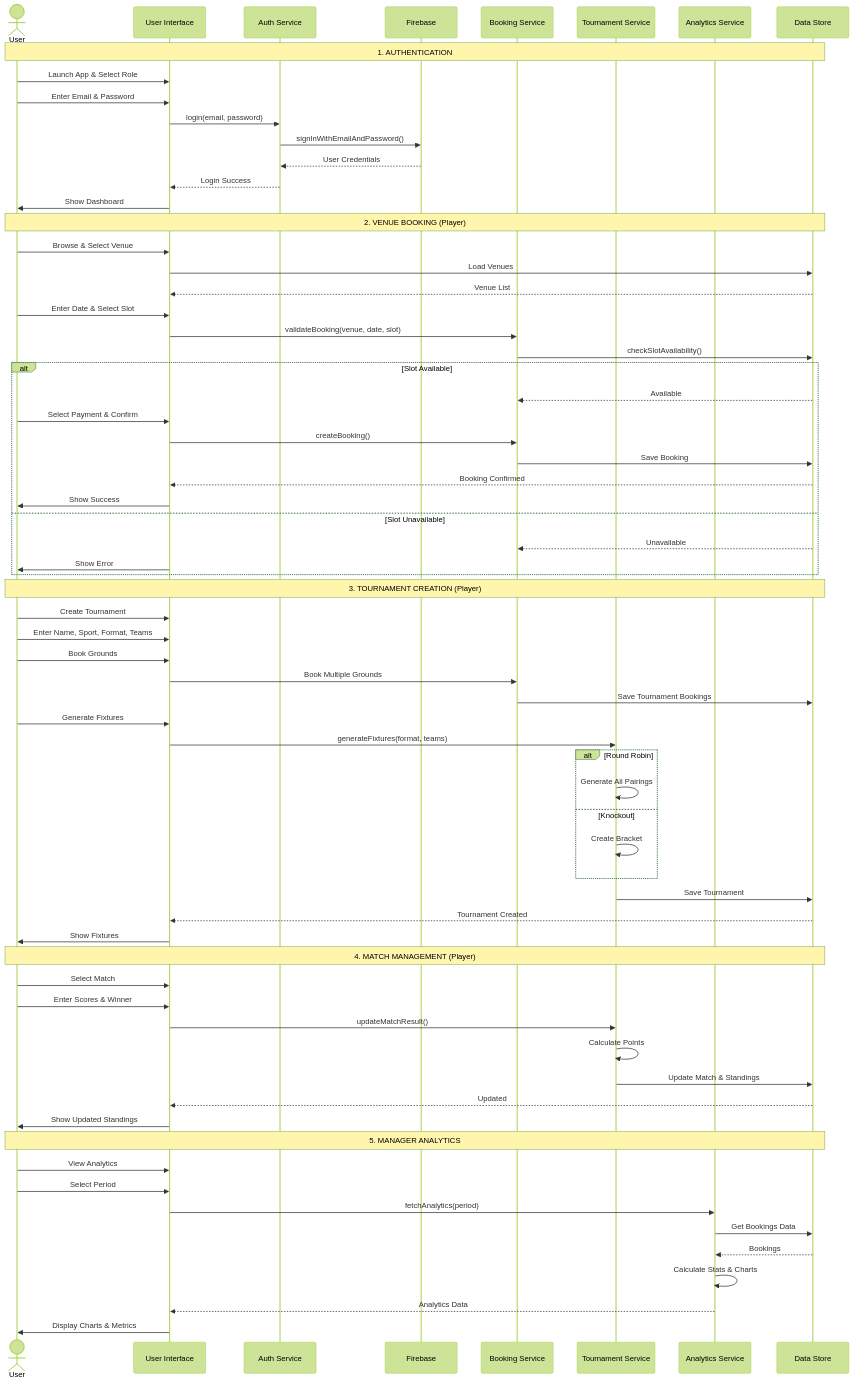
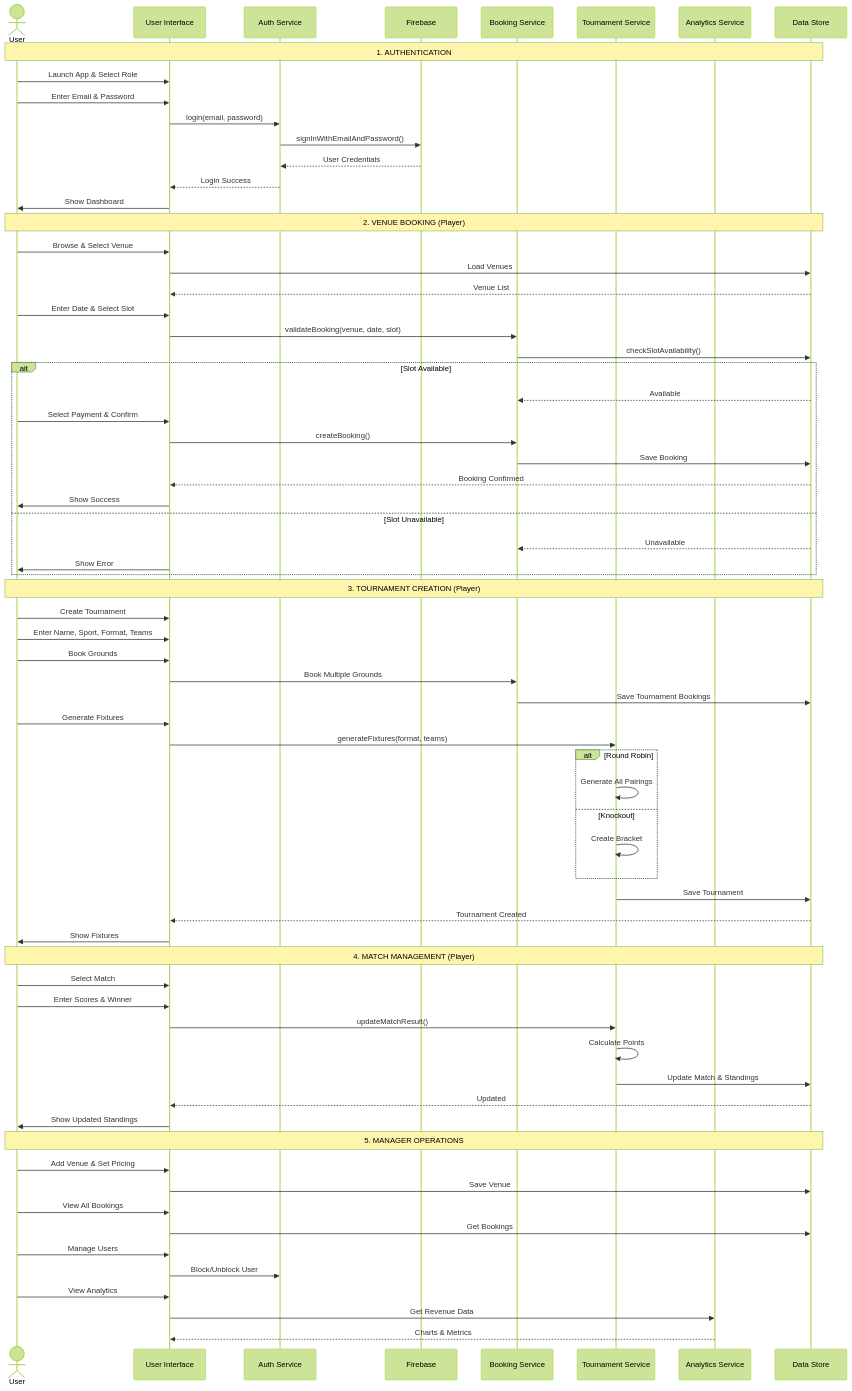
Before and after one commit to jawadbutt861/PLAY-SPHERE: the diagram in PLAYSPHERE_UNIFIED_SEQUENCE_DIAGRAM.md, drawn with Mermaid (forest theme). The commit also changed other lines of this file and 5 other files, not shown here.

````diff
--- a/PLAYSPHERE_UNIFIED_SEQUENCE_DIAGRAM.md
+++ b/PLAYSPHERE_UNIFIED_SEQUENCE_DIAGRAM.md
@@ -9,78 +9,79 @@
 ```mermaid
 sequenceDiagram
     actor User
     participant UI as User Interface
     participant Auth as Auth Service
     participant Firebase as Firebase
     participant BookingService as Booking Service
     participant TournamentService as Tournament Service
     participant AnalyticsService as Analytics Service
     participant GlobalData as Data Store
 
     Note over User,GlobalData: 1. AUTHENTICATION
     User->>UI: Launch App & Select Role
     User->>UI: Enter Email & Password
     UI->>Auth: login(email, password)
     Auth->>Firebase: signInWithEmailAndPassword()
     Firebase-->>Auth: User Credentials
     Auth-->>UI: Login Success
     UI->>User: Show Dashboard
     
     Note over User,GlobalData: 2. VENUE BOOKING (Player)
     User->>UI: Browse & Select Venue
     UI->>GlobalData: Load Venues
     GlobalData-->>UI: Venue List
     User->>UI: Enter Date & Select Slot
     UI->>BookingService: validateBooking(venue, date, slot)
     BookingService->>GlobalData: checkSlotAvailability()
     
     alt Slot Available
         GlobalData-->>BookingService: Available
         User->>UI: Select Payment & Confirm
         UI->>BookingService: createBooking()
         BookingService->>GlobalData: Save Booking
         GlobalData-->>UI: Booking Confirmed
         UI->>User: Show Success
     else Slot Unavailable
         GlobalData-->>BookingService: Unavailable
         UI->>User: Show Error
     end
     
     Note over User,GlobalData: 3. TOURNAMENT CREATION (Player)
     User->>UI: Create Tournament
     User->>UI: Enter Name, Sport, Format, Teams
     User->>UI: Book Grounds
     UI->>BookingService: Book Multiple Grounds
     BookingService->>GlobalData: Save Tournament Bookings
     User->>UI: Generate Fixtures
     UI->>TournamentService: generateFixtures(format, teams)
     
     alt Round Robin
         TournamentService->>TournamentService: Generate All Pairings
     else Knockout
         TournamentService->>TournamentService: Create Bracket
     end
     
     TournamentService->>GlobalData: Save Tournament
     GlobalData-->>UI: Tournament Created
     UI->>User: Show Fixtures
     
     Note over User,GlobalData: 4. MATCH MANAGEMENT (Player)
     User->>UI: Select Match
     User->>UI: Enter Scores & Winner
     UI->>TournamentService: updateMatchResult()
     TournamentService->>TournamentService: Calculate Points
     TournamentService->>GlobalData: Update Match & Standings
     GlobalData-->>UI: Updated
     UI->>User: Show Updated Standings
     
-    Note over User,GlobalData: 5. MANAGER ANALYTICS
+    Note over User,GlobalData: 5. MANAGER OPERATIONS
+    User->>UI: Add Venue & Set Pricing
+    UI->>GlobalData: Save Venue
+    User->>UI: View All Bookings
+    UI->>GlobalData: Get Bookings
+    User->>UI: Manage Users
+    UI->>Auth: Block/Unblock User
     User->>UI: View Analytics
-    User->>UI: Select Period
-    UI->>AnalyticsService: fetchAnalytics(period)
-    AnalyticsService->>GlobalData: Get Bookings Data
-    GlobalData-->>AnalyticsService: Bookings
-    AnalyticsService->>AnalyticsService: Calculate Stats & Charts
-    AnalyticsService-->>UI: Analytics Data
-    UI->>User: Display Charts & Metrics
+    UI->>AnalyticsService: Get Revenue Data
+    AnalyticsService-->>UI: Charts & Metrics
 ```
````
